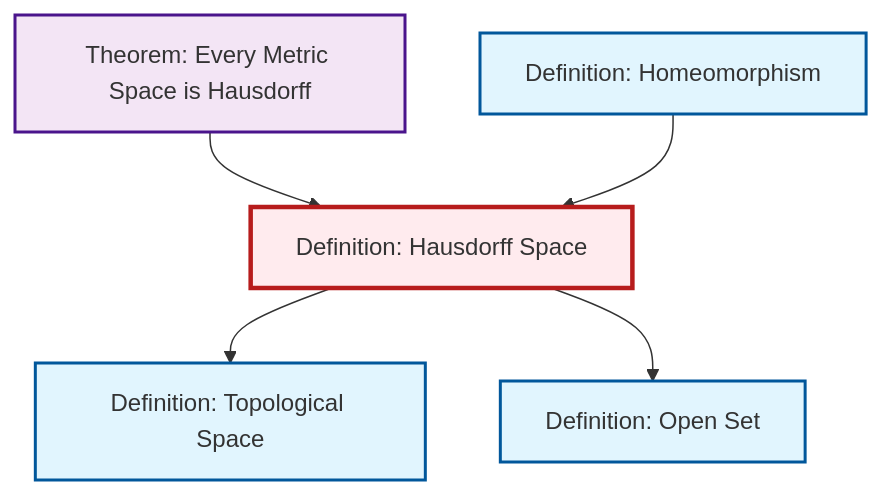
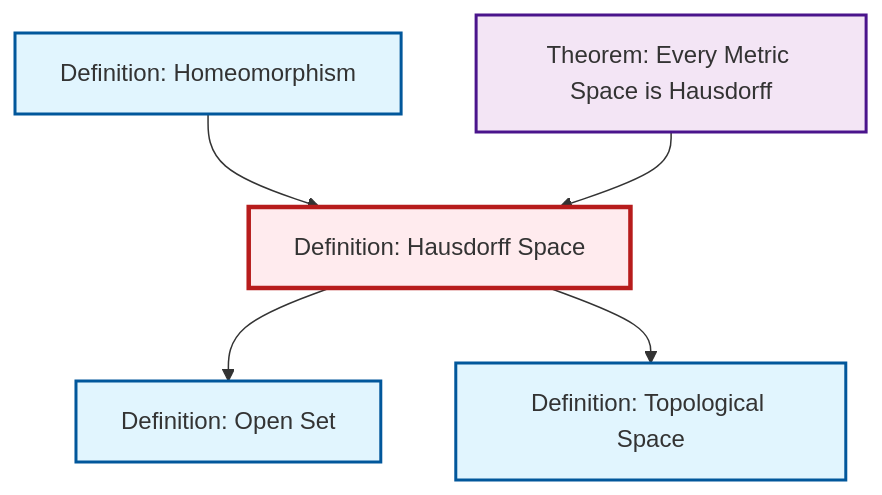
Before and after one commit to RK0429/ModernMath: the diagram in content/ja/topology/def-hausdorff.qmd, drawn with Mermaid. The commit also changed other lines of this file and 360 other files, not shown here.

````diff
--- a/content/ja/topology/def-hausdorff.qmd
+++ b/content/ja/topology/def-hausdorff.qmd
@@ -54,23 +54,23 @@
 ```{mermaid}
 %%| fig-cap: "Local dependency graph"
 graph TD
     classDef definition fill:#e1f5fe,stroke:#01579b,stroke-width:2px
     classDef theorem fill:#f3e5f5,stroke:#4a148c,stroke-width:2px
     classDef axiom fill:#fff3e0,stroke:#e65100,stroke-width:2px
     classDef example fill:#e8f5e9,stroke:#1b5e20,stroke-width:2px
     classDef current fill:#ffebee,stroke:#b71c1c,stroke-width:3px
+    thm-metric-hausdorff["Theorem: Every Metric Space is Hausdorff"]:::theorem
+    def-open-set["Definition: Open Set"]:::definition
+    def-topological-space["Definition: Topological Space"]:::definition
     def-hausdorff["Definition: Hausdorff Space"]:::definition
-    def-topological-space["Definition: Topological Space"]:::definition
-    def-open-set["Definition: Open Set"]:::definition
     def-homeomorphism["Definition: Homeomorphism"]:::definition
-    thm-metric-hausdorff["Theorem: Every Metric Space is Hausdorff"]:::theorem
+    def-homeomorphism --> def-hausdorff
     thm-metric-hausdorff --> def-hausdorff
-    def-homeomorphism --> def-hausdorff
+    def-hausdorff --> def-open-set
     def-hausdorff --> def-topological-space
-    def-hausdorff --> def-open-set
     class def-hausdorff current
+    click thm-metric-hausdorff "thm-metric-hausdorff.html" "Theorem: Every Metric Space is Hausdorffへ"
+    click def-open-set "def-open-set.html" "Definition: Open Setへ"
     click def-topological-space "def-topological-space.html" "Definition: Topological Spaceへ"
-    click def-open-set "def-open-set.html" "Definition: Open Setへ"
     click def-homeomorphism "def-homeomorphism.html" "Definition: Homeomorphismへ"
-    click thm-metric-hausdorff "thm-metric-hausdorff.html" "Theorem: Every Metric Space is Hausdorffへ"
 ```
````
